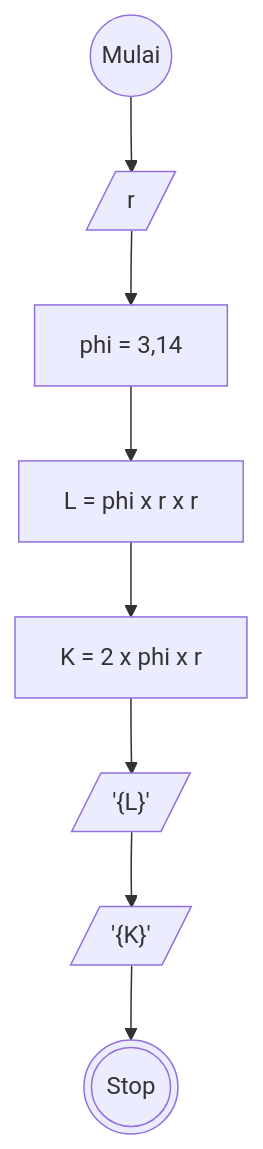
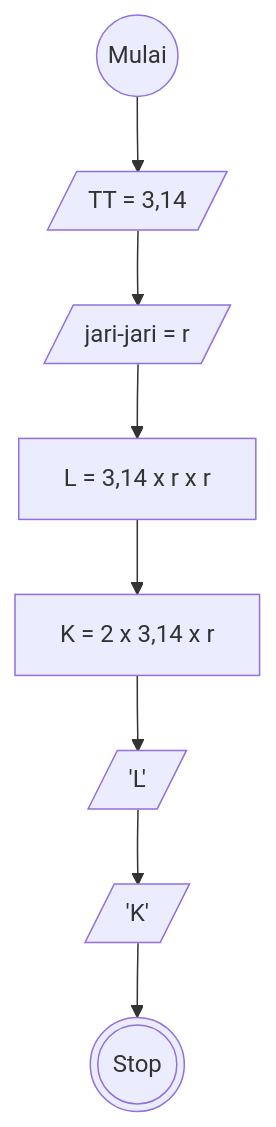
One commit to MuhamadRafliShidiq/koda-b8-algoritma changed the diagram in luas-dan-keliling.md. Above: the diagram before and after it, drawn with Mermaid. The commit also changed other lines of this file, not shown here.

````diff
--- a/luas-dan-keliling.md
+++ b/luas-dan-keliling.md
@@ -21,22 +21,22 @@
 ```mermaid
 
     flowchart TD
 
     a@{ shape: circle, label: "Mulai" }
-    b@{ shape: lean-r, label: " r" }
-    c@{ shape: rect, label: "phi = 3,14" }
-    d@{ shape: rect, label: "L = phi x r x r " }
-    e@{ shape: rect, label: "K = 2 x phi x r " }
-    f@{ shape: lean-r, label: "'{L}'" }
-    g@{ shape: lean-r, label: "'{K}'" }
+    b@{ shape: lean-r, label: "TT = 3,14" }
+    c@{ shape: lean-r, label: " jari-jari = r" }
+    d@{ shape: rect, label: "L = 3,14 x r x r " }
+    e@{ shape: rect, label: "K = 2 x 3,14 x r " }
+    f@{ shape: lean-r, label: "'L'" }
+    g@{ shape: lean-r, label: "'K'" }
     h@{ shape: dbl-circ, label: "Stop" }
 
     a --> b
     b --> c
     c --> d
     d --> e
     e --> f
     f --> g
     g --> h
 
 ```
````
